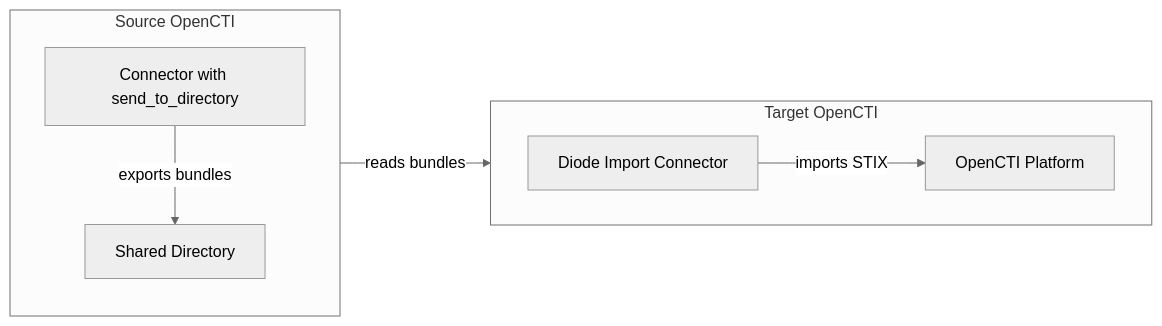
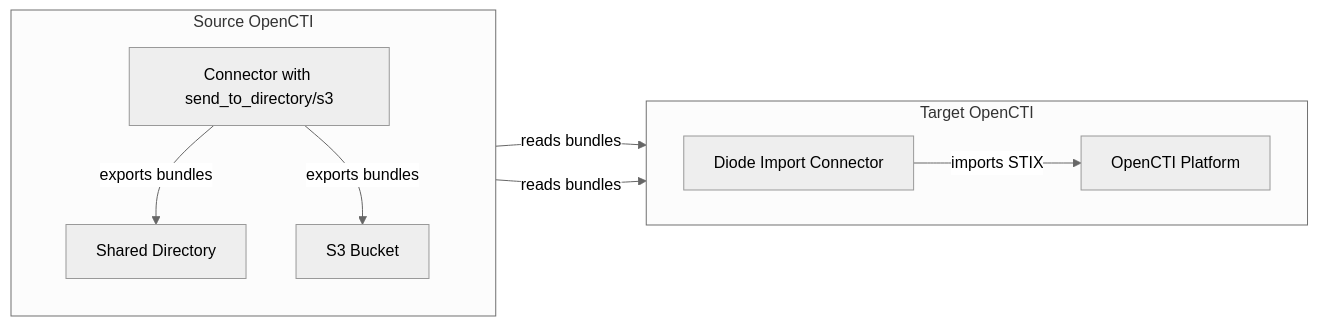
The diagram in external-import/diode-import/README.md (OpenCTI-Platform/connectors), drawn with Mermaid (neutral theme) before and after one commit. The commit also changed other lines of this file and 3 other files, not shown here.

````diff
--- a/external-import/diode-import/README.md
+++ b/external-import/diode-import/README.md
@@ -144,18 +217,21 @@
 ```mermaid
 graph LR
     subgraph Source OpenCTI
         direction TB
-        SourceConnector[Connector with send_to_directory]
+        SourceConnector[Connector with send_to_directory/s3]
         Directory[Shared Directory]
+        S3Bucket[S3 Bucket]
     end
 
     subgraph Target OpenCTI
         direction LR
         DiodeImport[Diode Import Connector]
         Platform[OpenCTI Platform]
     end
 
     SourceConnector -- exports bundles --> Directory
+    SourceConnector -- exports bundles --> S3Bucket
     Directory -- reads bundles --> DiodeImport
+    S3Bucket -- reads bundles --> DiodeImport
     DiodeImport -- imports STIX --> Platform
 ```
````
